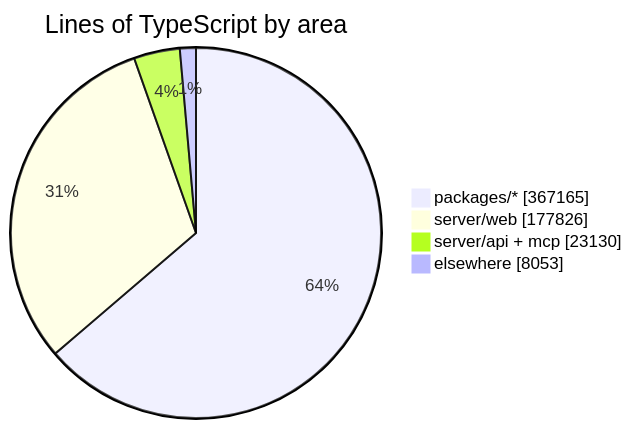
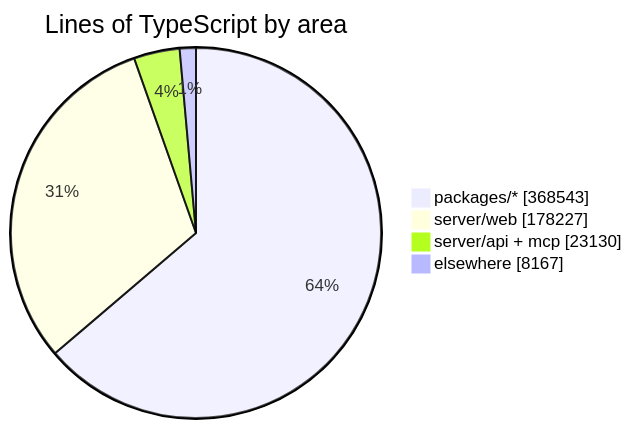
One commit to crossworks-engineering/mantle changed the diagram in README.md. Above: the diagram before and after it, drawn with Mermaid. The commit also changed other lines of this file and 2 other files, not shown here.

````diff
--- a/README.md
+++ b/README.md
@@ -294,7 +294,7 @@
 ```mermaid
 pie showData title Lines of TypeScript by area
-    "packages/*" : 367165
-    "server/web" : 177826
+    "packages/*" : 368543
+    "server/web" : 178227
     "server/api + mcp" : 23130
-    "elsewhere" : 8053
+    "elsewhere" : 8167
 ```
````
